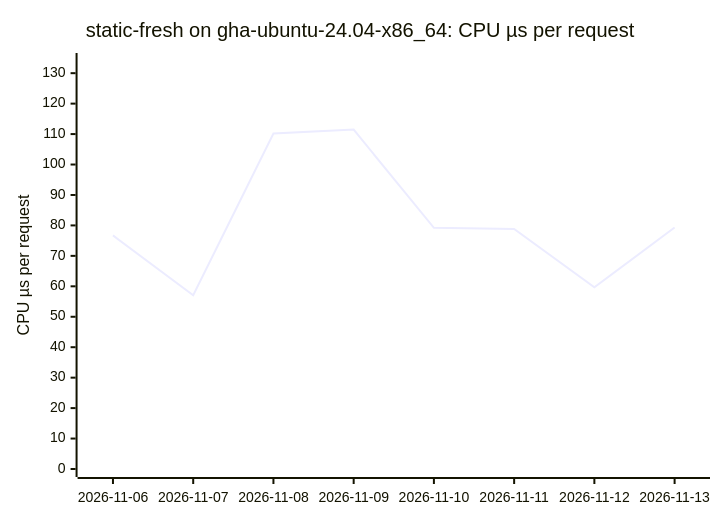
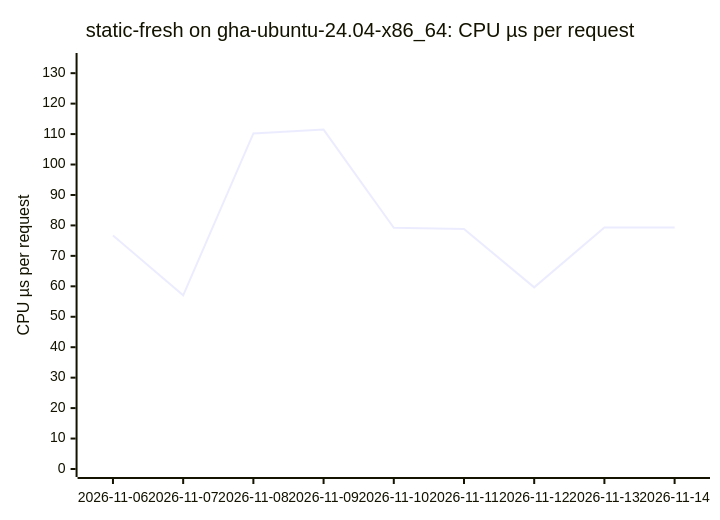
Before and after one commit to ThePixelPilgrim/durchlauferhitzer: the third of 18 diagrams in BENCHMARKS.md, drawn with Mermaid. The commit also changed other lines of this file and 1 other file, not shown here.

````diff
--- a/BENCHMARKS.md
+++ b/BENCHMARKS.md
@@ -46,7 +46,7 @@
 ```mermaid
 xychart-beta
   title "static-fresh on gha-ubuntu-24.04-x86_64: CPU µs per request"
-  x-axis ["2026-11-06", "2026-11-07", "2026-11-08", "2026-11-09", "2026-11-10", "2026-11-11", "2026-11-12", "2026-11-13"]
+  x-axis ["2026-11-06", "2026-11-07", "2026-11-08", "2026-11-09", "2026-11-10", "2026-11-11", "2026-11-12", "2026-11-13", "2026-11-14"]
   y-axis "CPU µs per request" 0 --> 134
-  line [76.72, 57.05, 110.20, 111.47, 79.20, 78.85, 59.65, 79.31]
+  line [76.72, 57.05, 110.20, 111.47, 79.20, 78.85, 59.65, 79.31, 79.31]
 ```
````
